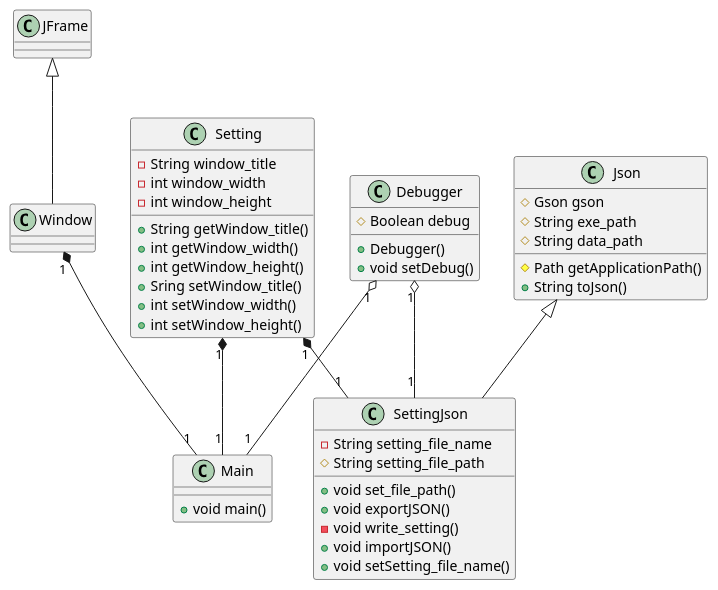
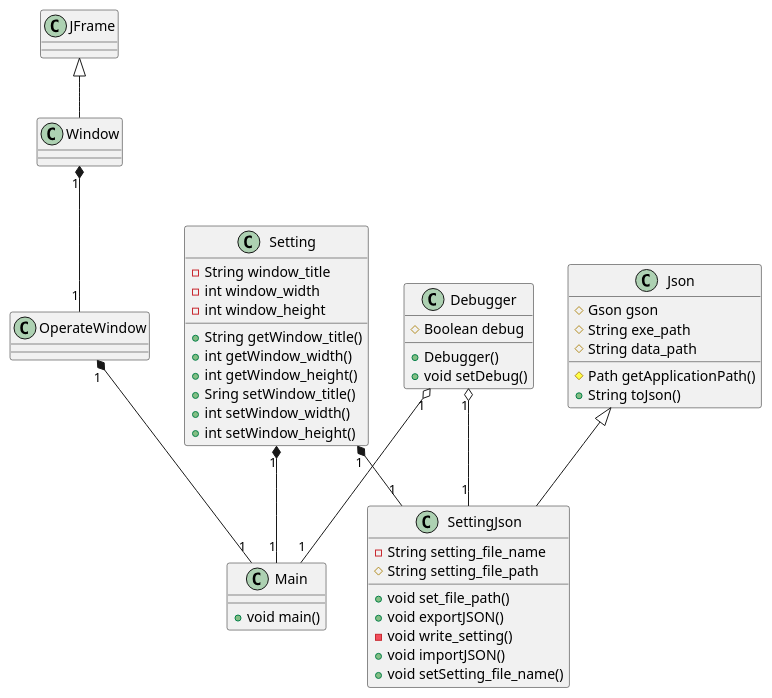
The diagram in UML/class.pu (parsecmonkey/diary), drawn with PlantUML before and after one commit. The commit also changed 1 other file, not shown here.

Commit message:
class図を修正

```diff
--- a/UML/class.pu
+++ b/UML/class.pu
@@ -1,59 +1,63 @@
 @startuml
 ' クラス定義
 class Main {
     + void main()
 }
 
 class JFrame{
 
 }
 
 class Window {
+}
+
+class OperateWindow {
 }
 
 class Json {
     # Gson gson
     # String exe_path
     # String data_path
     # Path getApplicationPath()
     + String toJson()
 }
 
 class Setting {
     - String window_title
     - int window_width
     - int window_height
     + String getWindow_title()
     + int getWindow_width()
     + int getWindow_height()
     + Sring setWindow_title()
     + int setWindow_width()
     + int setWindow_height()
 }
 
 class SettingJson {    
     - String setting_file_name
     # String setting_file_path
     + void set_file_path()
     + void exportJSON()
     - void write_setting()
     + void importJSON()
     + void setSetting_file_name()
 }
 
 class Debugger{
     # Boolean debug
     + Debugger()
     + void setDebug()
 }
 
 ' 関係
 ' Json <|-- SettingJson : 継承
 Json <|-- SettingJson
 JFrame <|-- Window
-Window "1" *-- "1" Main
+Window "1" *-- "1" OperateWindow
+OperateWindow "1" *-- "1" Main
 Setting "1" *-- "1" SettingJson
 Setting "1" *-- "1" Main
 Debugger "1" o-- "1" Main
 Debugger "1" o-- "1" SettingJson
 @enduml
```
